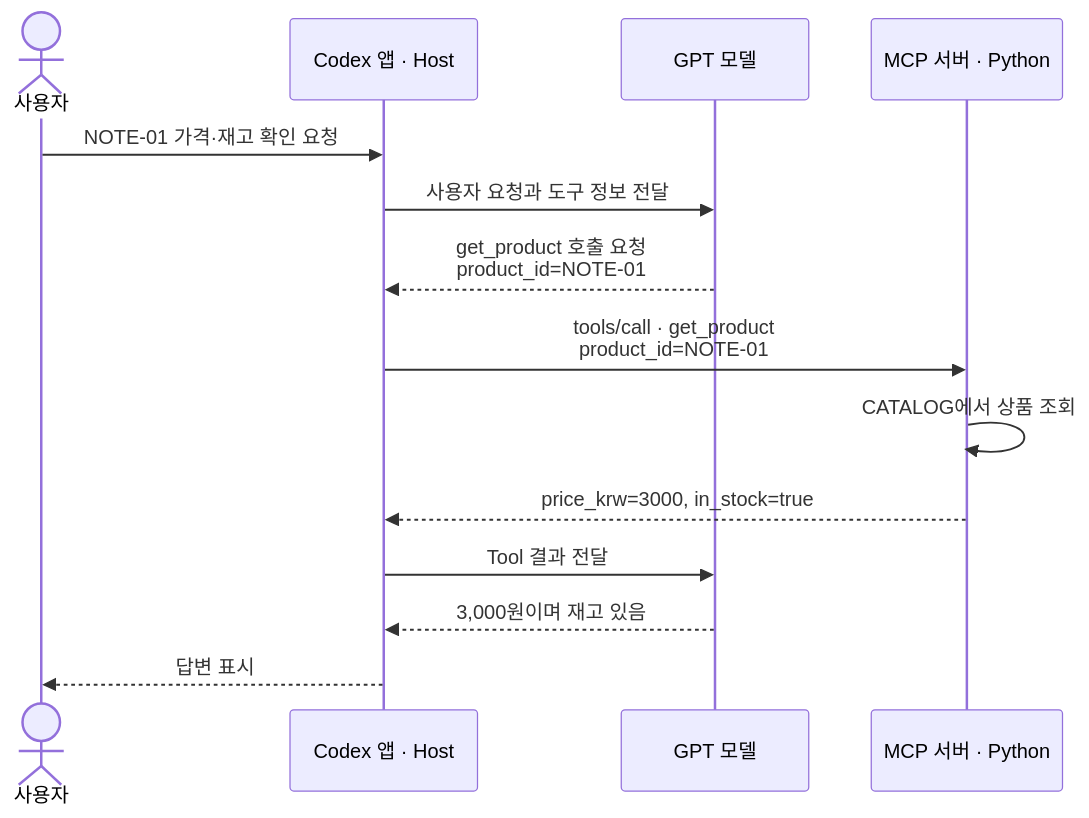
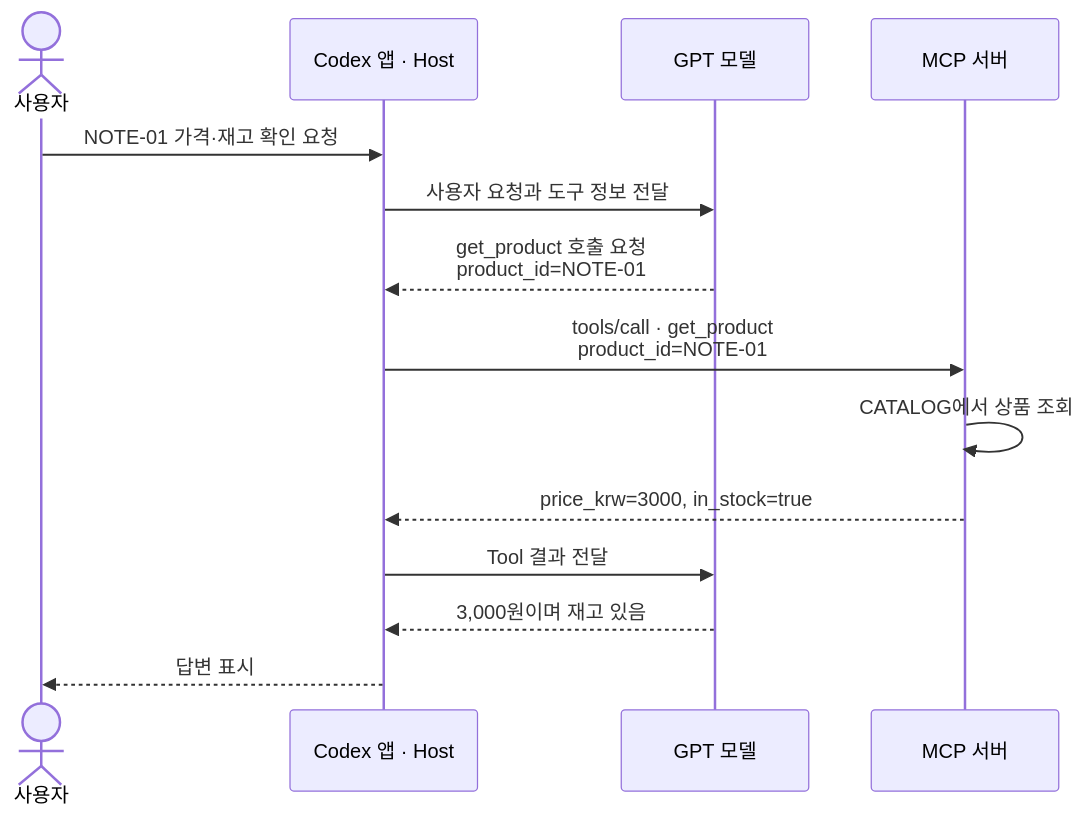
The first of 3 diagrams in week03-mcp-integration/mcp-use.md (MCshin00/ai-ax-learning-lab), drawn with Mermaid before and after one commit. The commit also changed other lines of this file and 2 other files, not shown here.

````diff
--- a/week03-mcp-integration/mcp-use.md
+++ b/week03-mcp-integration/mcp-use.md
@@ -168,17 +159,17 @@
 ```mermaid
 sequenceDiagram
     actor U as 사용자
     participant A as Codex 앱 · Host
     participant M as GPT 모델
-    participant S as MCP 서버 · Python
+    participant S as MCP 서버
 
     U->>A: NOTE-01 가격·재고 확인 요청
     A->>M: 사용자 요청과 도구 정보 전달
     M-->>A: get_product 호출 요청<br/>product_id=NOTE-01
     A->>S: tools/call · get_product<br/>product_id=NOTE-01
     S->>S: CATALOG에서 상품 조회
     S-->>A: price_krw=3000, in_stock=true
     A->>M: Tool 결과 전달
     M-->>A: 3,000원이며 재고 있음
     A-->>U: 답변 표시
 ```
````
